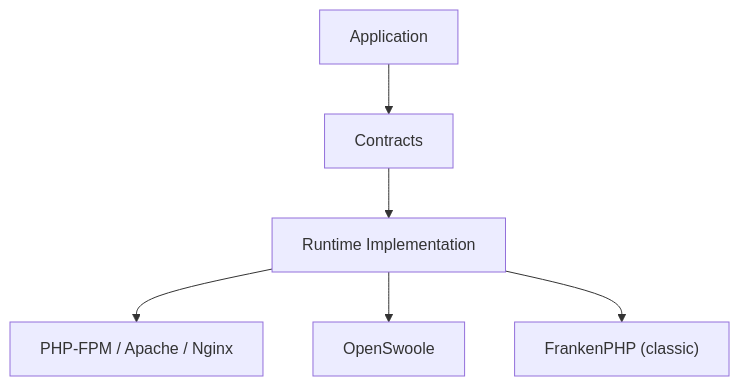
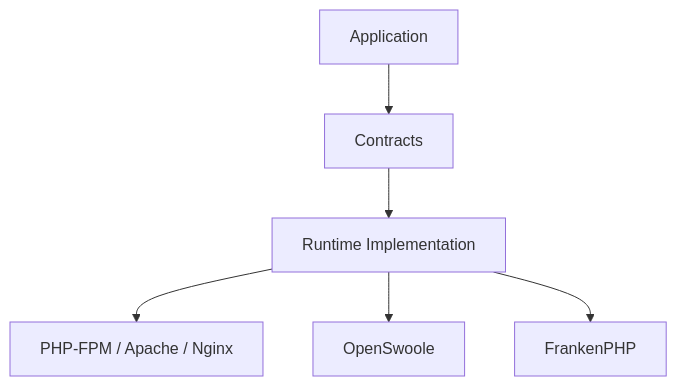
One commit to gemvc/gemvc changed the eighth of 17 diagrams in ARCHITECTURE.md. Above: the diagram before and after it, drawn with Mermaid. The commit also changed other lines of this file and 21 other files, not shown here.

````diff
--- a/ARCHITECTURE.md
+++ b/ARCHITECTURE.md
@@ -216,8 +216,8 @@
 ```mermaid
 flowchart TD
     Application --> Contracts
     Contracts --> RuntimeImpl["Runtime Implementation"]
     RuntimeImpl --> PHPFPM["PHP-FPM / Apache / Nginx"]
     RuntimeImpl --> OpenSwoole
-    RuntimeImpl --> FrankenPHP["FrankenPHP (classic)"]
+    RuntimeImpl --> FrankenPHP
 ```
````
